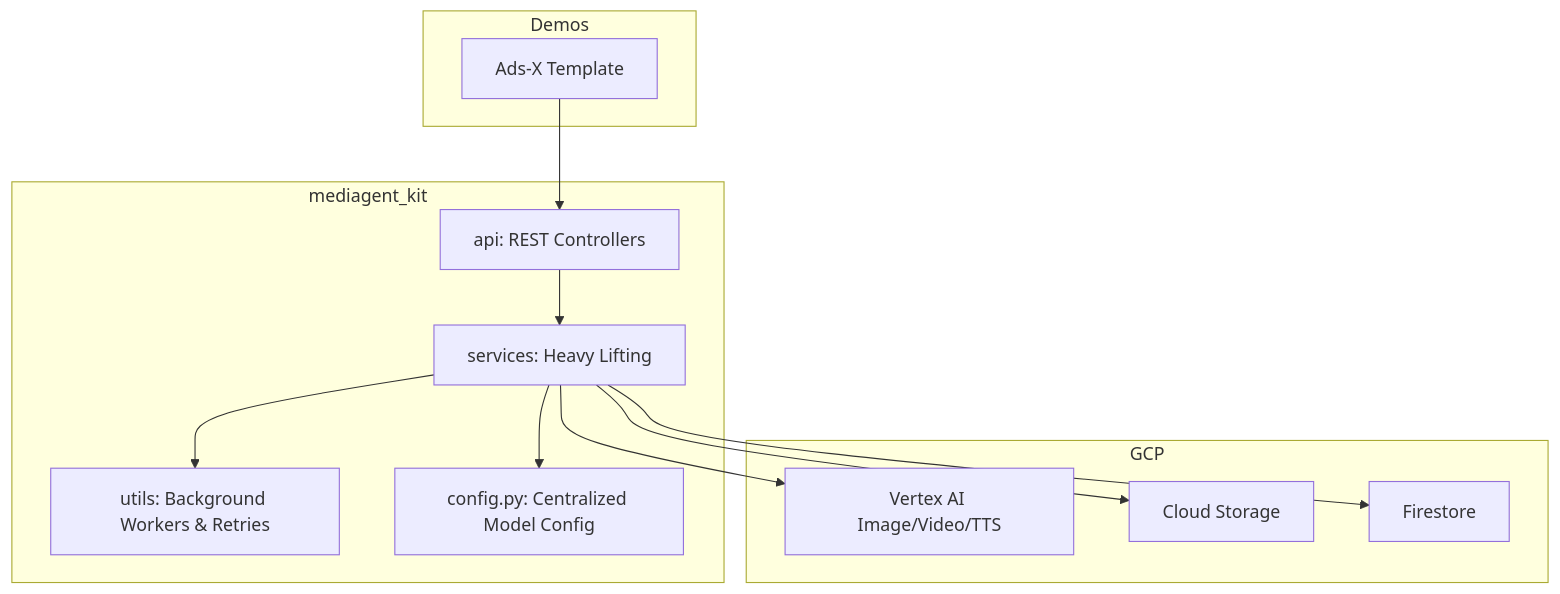
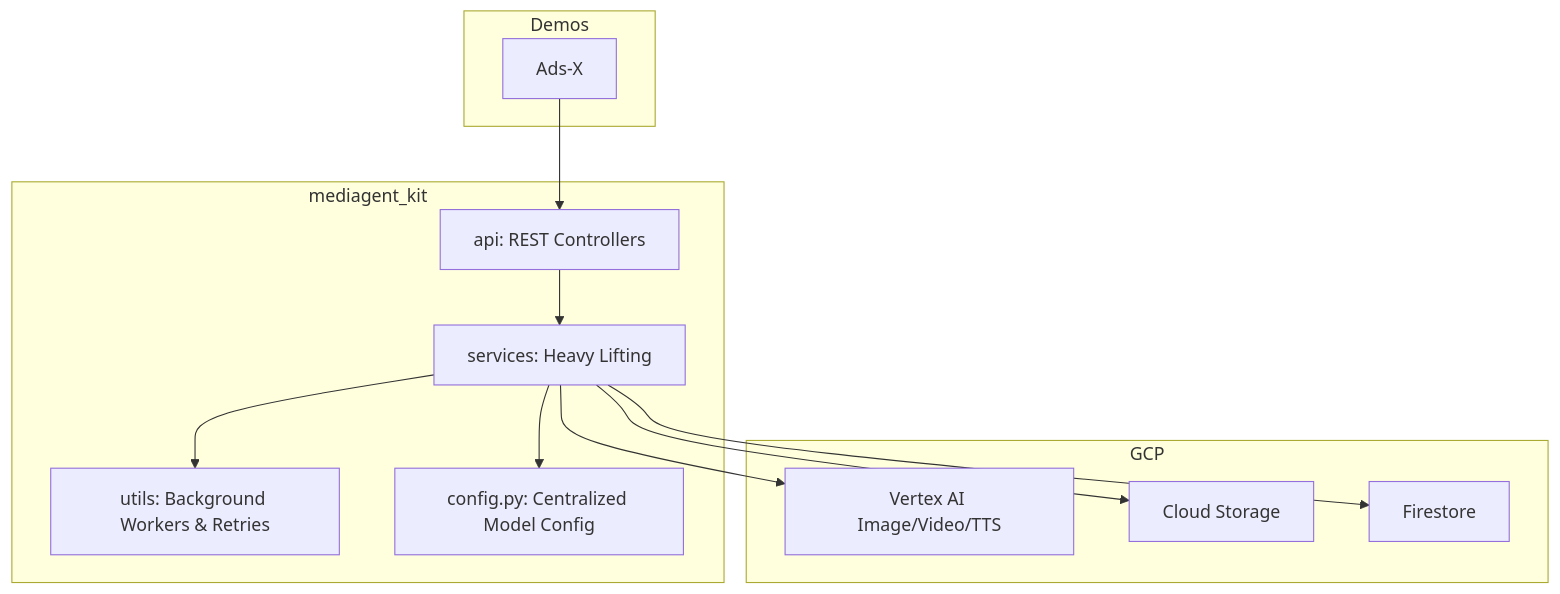
The diagram in mediagent_kit/README.md (GoogleCloudPlatform/genmedia-izumi-agent), drawn with Mermaid before and after one commit. The commit also changed other lines of this file and 72 other files, not shown here.

Commit message:
Renamed ads_x_template to ads_x and updated references

````diff
--- a/mediagent_kit/README.md
+++ b/mediagent_kit/README.md
@@ -21,25 +21,25 @@
 ```mermaid
 graph TD
     subgraph Demos
-        D2[Ads-X Template]
+        D2[Ads-X]
     end
     subgraph mediagent_kit
         API[api: REST Controllers]
         SVC[services: Heavy Lifting]
         UTIL[utils: Background Workers & Retries]
         CONFIG[config.py: Centralized Model Config]
     end
     subgraph GCP
         VAI[Vertex AI Image/Video/TTS]
         GCS[Cloud Storage]
         FS[Firestore]
     end
 
     D2 --> API
     API --> SVC
     SVC --> VAI
     SVC --> GCS
     SVC --> FS
     SVC --> UTIL
     SVC --> CONFIG
 ```
````
